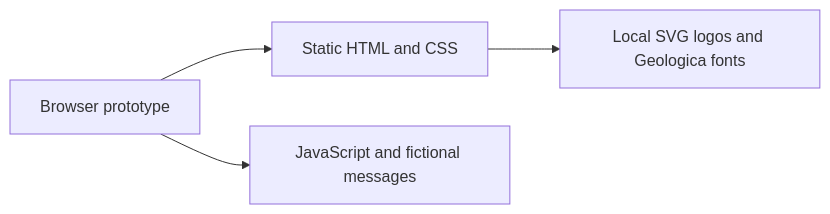
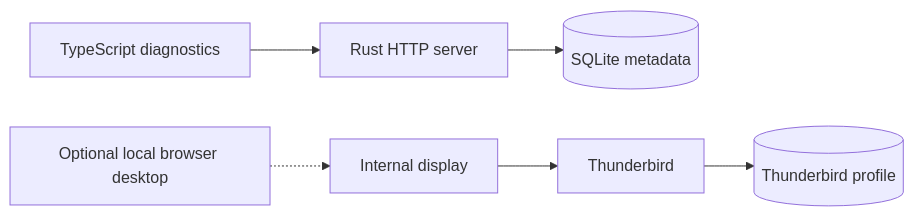
The diagram in docs/reference/architecture.md (woswos/raicho), drawn with Mermaid before and after one commit. The commit also changed other lines of this file and 20 other files, not shown here.

````diff
--- a/docs/reference/architecture.md
+++ b/docs/reference/architecture.md
@@ -22,6 +26,8 @@
 ```mermaid
 flowchart LR
-    Browser[Browser prototype] --> Pages[Static HTML and CSS]
-    Browser --> Demo[JavaScript and fictional messages]
-    Pages --> Identity[Local SVG logos and Geologica fonts]
+    Browser[TypeScript diagnostics] --> Server[Rust HTTP server]
+    Server --> State[(SQLite metadata)]
+    Admin[Optional local browser desktop] -.-> Display[Internal display]
+    Display --> Thunderbird[Thunderbird]
+    Thunderbird --> Profile[(Thunderbird profile)]
 ```
````
